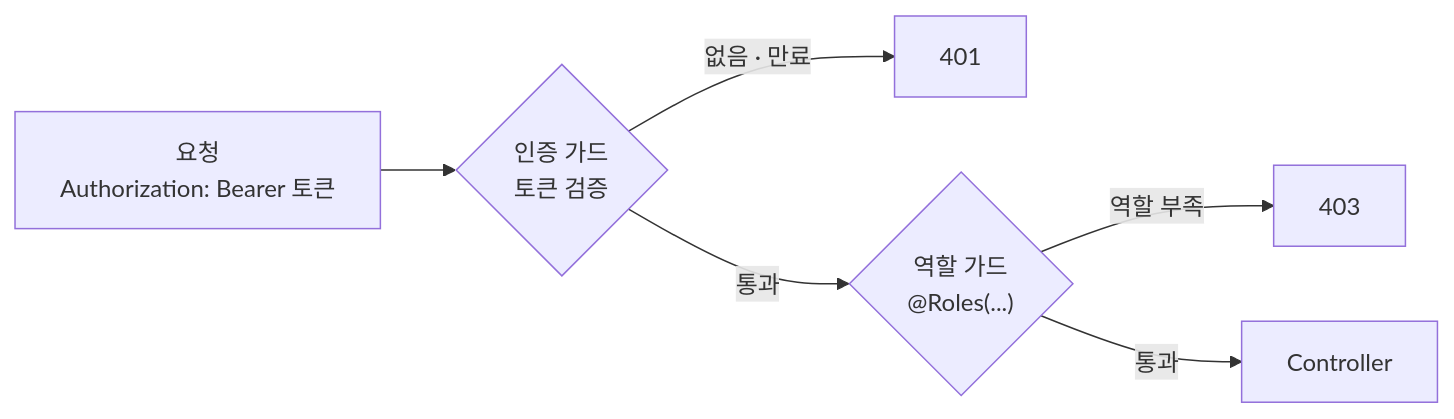
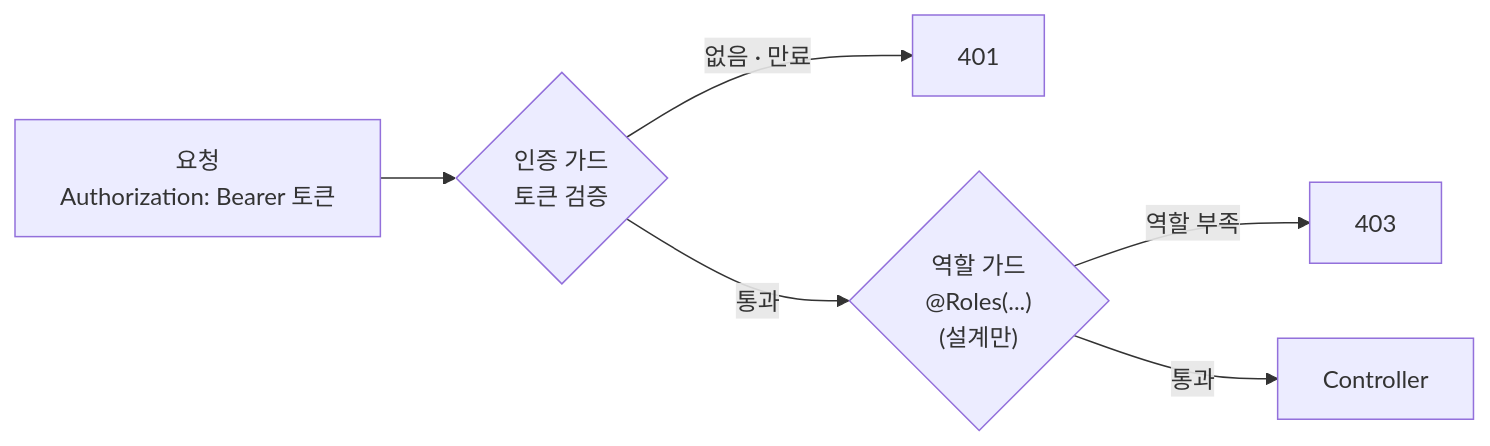
The seventh of 7 diagrams in docs/design-rationale.md (dksalsgus/agv-amr-control-middleware), drawn with Mermaid before and after one commit. The commit also changed other lines of this file and 1 other file, not shown here.

````diff
--- a/docs/design-rationale.md
+++ b/docs/design-rationale.md
@@ -253,8 +255,8 @@
 ```mermaid
 flowchart LR
   REQ["요청<br/>Authorization: Bearer 토큰"] --> AG{"인증 가드<br/>토큰 검증"}
   AG -- "없음 · 만료" --> E401["401"]
-  AG -- 통과 --> RG{"역할 가드<br/>@Roles(...)"}
+  AG -- 통과 --> RG{"역할 가드<br/>@Roles(...)<br/>(설계만)"}
   RG -- "역할 부족" --> E403["403"]
   RG -- 통과 --> CT["Controller"]
 ```
````
